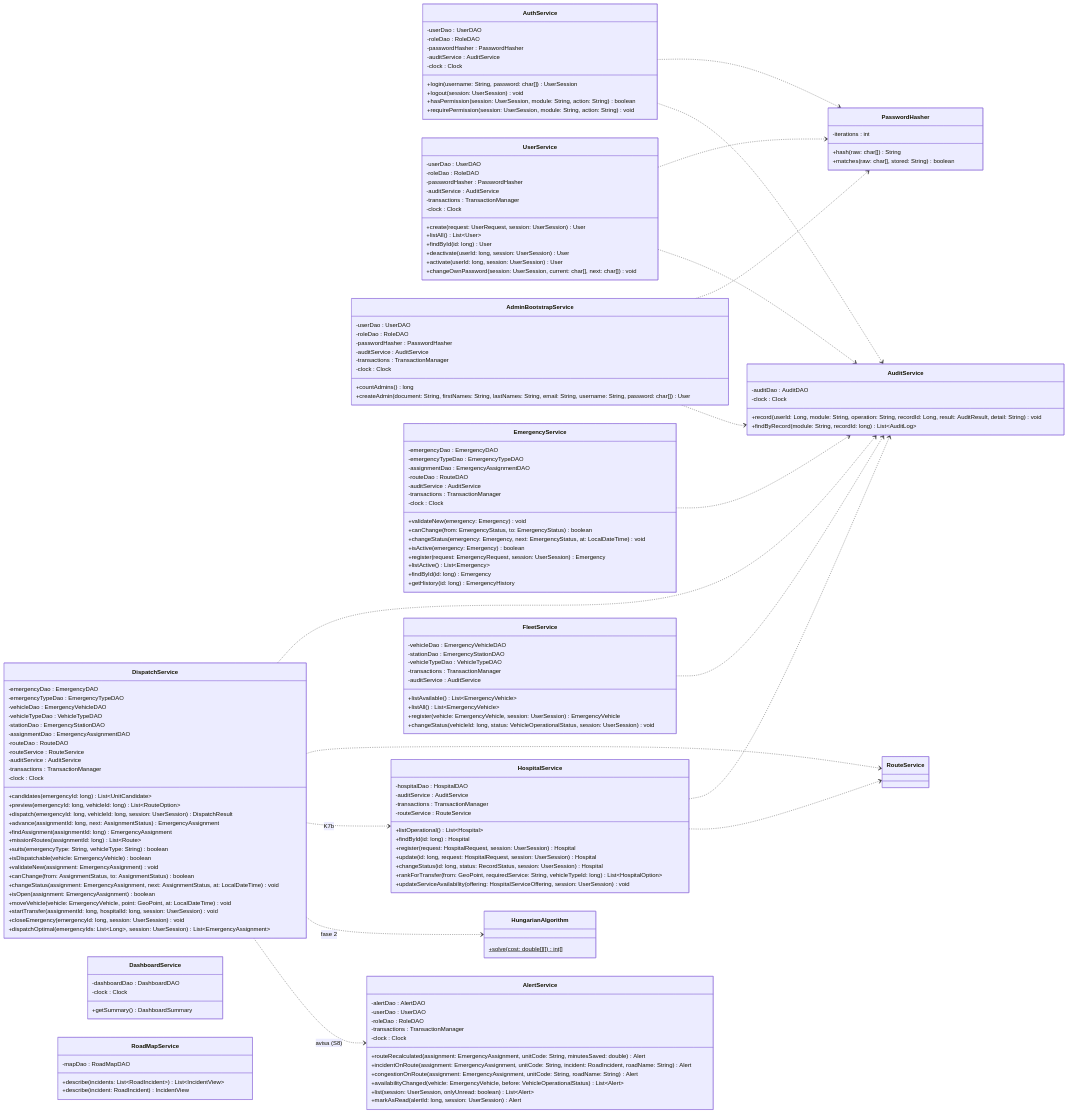
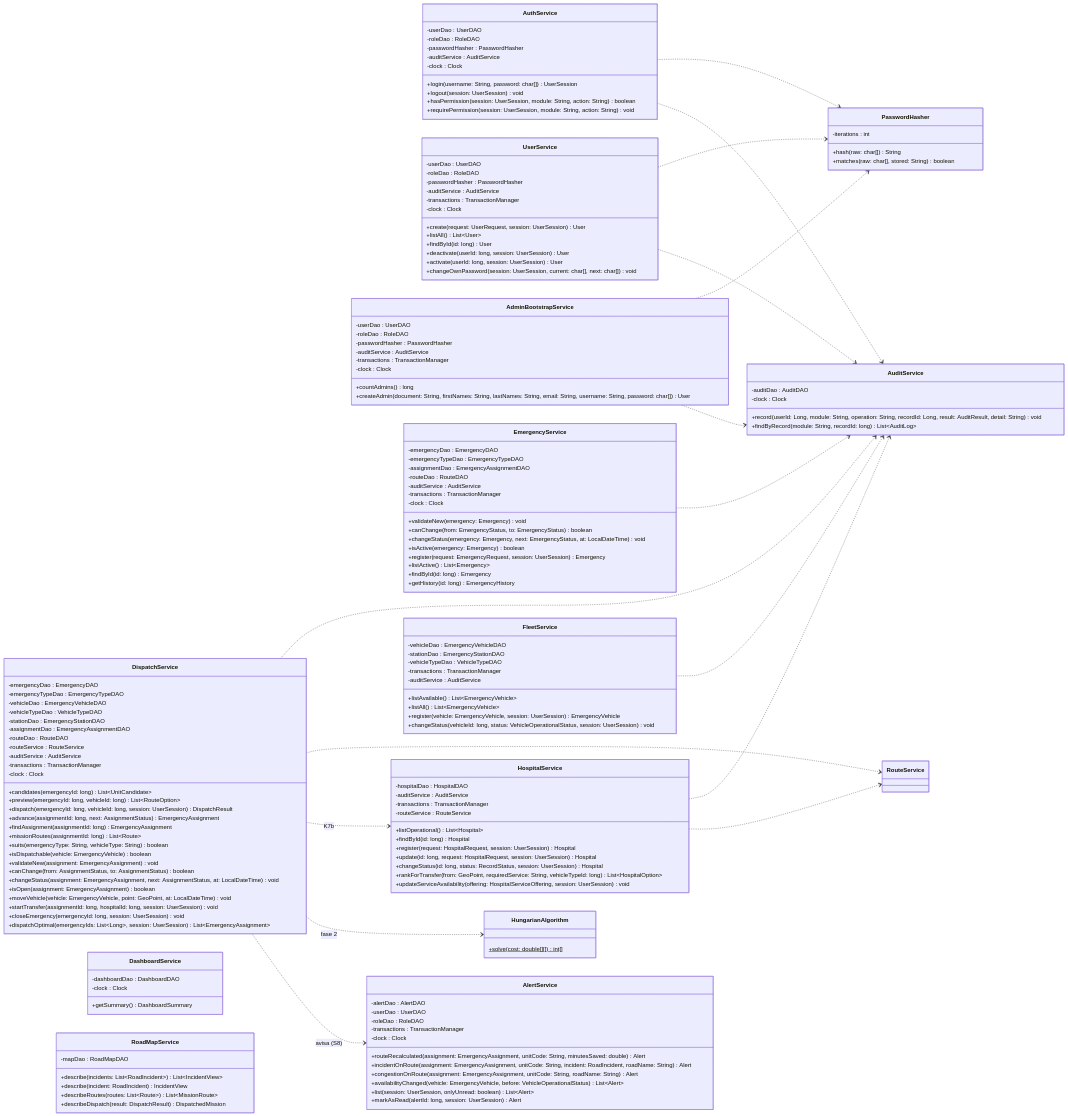
Before and after one commit to afzabaleta/RutaVida: diagram 15 of 24 in docs/class-diagram.md, drawn with Mermaid. The commit also changed other lines of this file and 6 other files, not shown here.

Commit message:
feature: add-mission-routes-on-map

```diff
--- a/docs/class-diagram.md
+++ b/docs/class-diagram.md
@@ -1114,6 +1114,8 @@
         -mapDao : RoadMapDAO
         +describe(incidents: List~RoadIncident~) List~IncidentView~
         +describe(incident: RoadIncident) IncidentView
+        +describeRoutes(routes: List~Route~) List~MissionRoute~
+        +describeDispatch(result: DispatchResult) DispatchedMission
     }
     class AlertService {
         -alertDao : AlertDAO
```
